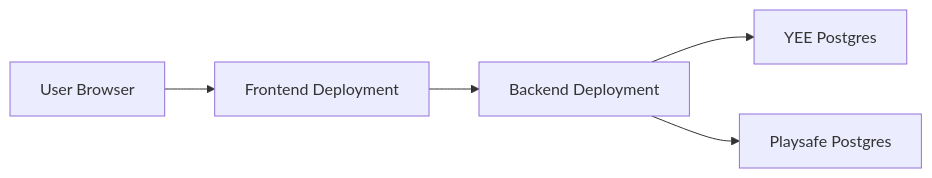
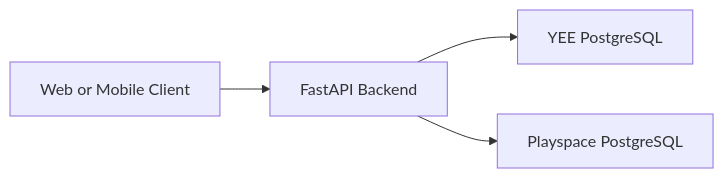
The diagram in docs/deployment.md (Audit-Tools-DECA-Lab-Cornell/audit-tools-backend), drawn with Mermaid before and after one commit. The commit also changed other lines of this file and 16 other files, not shown here.

````diff
--- a/docs/deployment.md
+++ b/docs/deployment.md
@@ -14,7 +14,6 @@
 ```mermaid
 flowchart LR
-    User["User Browser"] --> FE["Frontend Deployment"]
-    FE --> BE["Backend Deployment"]
-    BE --> DBY["YEE Postgres"]
-    BE --> DBP["Playsafe Postgres"]
+    Client["Web or Mobile Client"] --> Backend["FastAPI Backend"]
+    Backend --> YEE_DB["YEE PostgreSQL"]
+    Backend --> PLAYSPACE_DB["Playspace PostgreSQL"]
 ```
````
